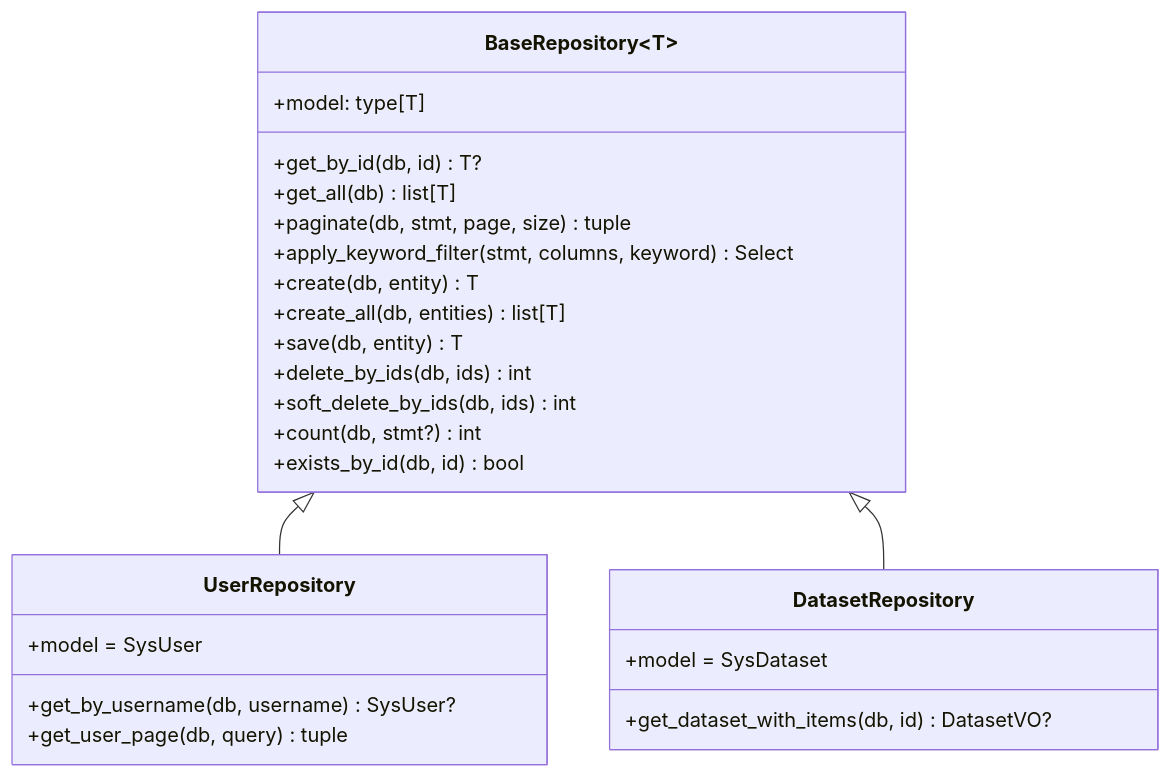
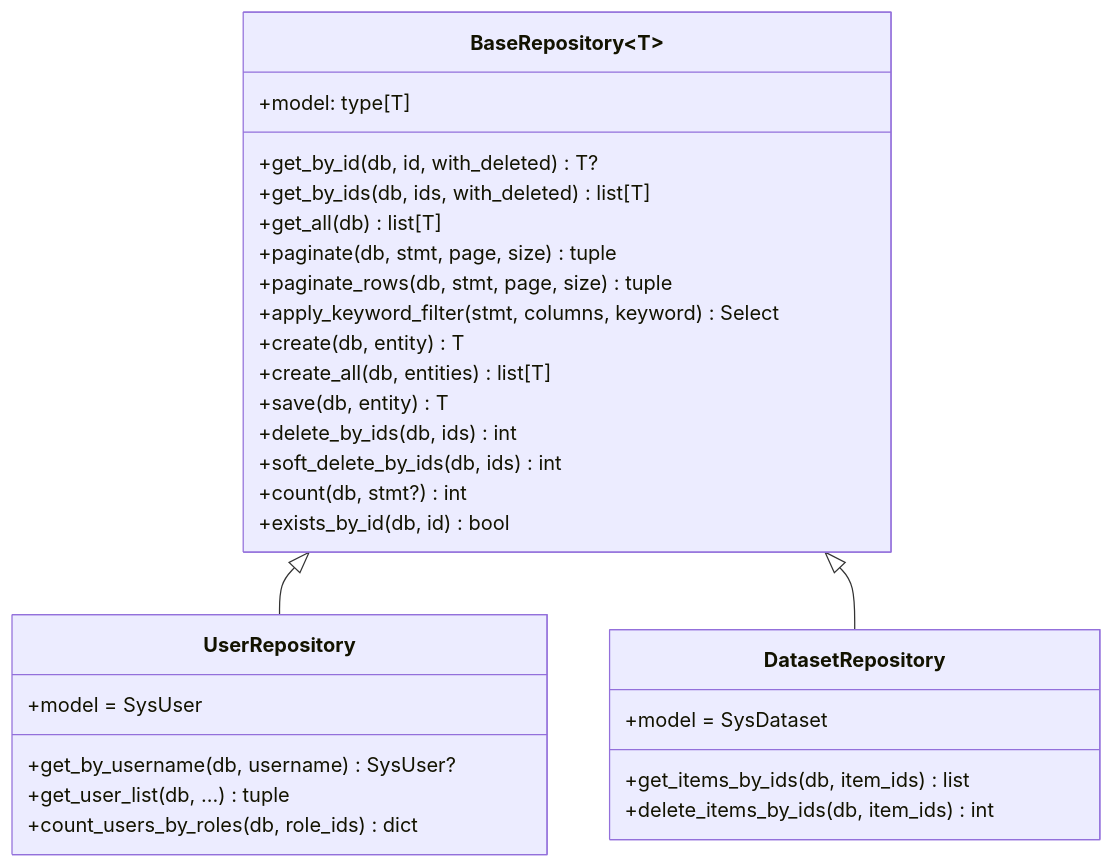
Before and after one commit to earthy-zinc/dehaze-system: the fifth of 15 diagrams in dehaze-doc/docs/02-系统架构/08-后端基础设施设计(Python).md, drawn with Mermaid. The commit also changed other lines of this file and 10 other files, not shown here.

````diff
--- a/dehaze-doc/docs/02-系统架构/08-后端基础设施设计(Python).md
+++ b/dehaze-doc/docs/02-系统架构/08-后端基础设施设计(Python).md
@@ -414,31 +528,35 @@
 ```mermaid
 classDiagram
     class BaseRepository~T~ {
         +model: type[T]
-        +get_by_id(db, id) T?
+        +get_by_id(db, id, with_deleted) T?
+        +get_by_ids(db, ids, with_deleted) list[T]
         +get_all(db) list[T]
         +paginate(db, stmt, page, size) tuple
+        +paginate_rows(db, stmt, page, size) tuple
         +apply_keyword_filter(stmt, columns, keyword) Select
         +create(db, entity) T
         +create_all(db, entities) list[T]
         +save(db, entity) T
         +delete_by_ids(db, ids) int
         +soft_delete_by_ids(db, ids) int
         +count(db, stmt?) int
         +exists_by_id(db, id) bool
     }
 
     class UserRepository {
         +model = SysUser
         +get_by_username(db, username) SysUser?
-        +get_user_page(db, query) tuple
+        +get_user_list(db, ...) tuple
+        +count_users_by_roles(db, role_ids) dict
     }
 
     class DatasetRepository {
         +model = SysDataset
-        +get_dataset_with_items(db, id) DatasetVO?
+        +get_items_by_ids(db, item_ids) list
+        +delete_items_by_ids(db, item_ids) int
     }
 
     BaseRepository <|-- UserRepository
     BaseRepository <|-- DatasetRepository
 ```
````
